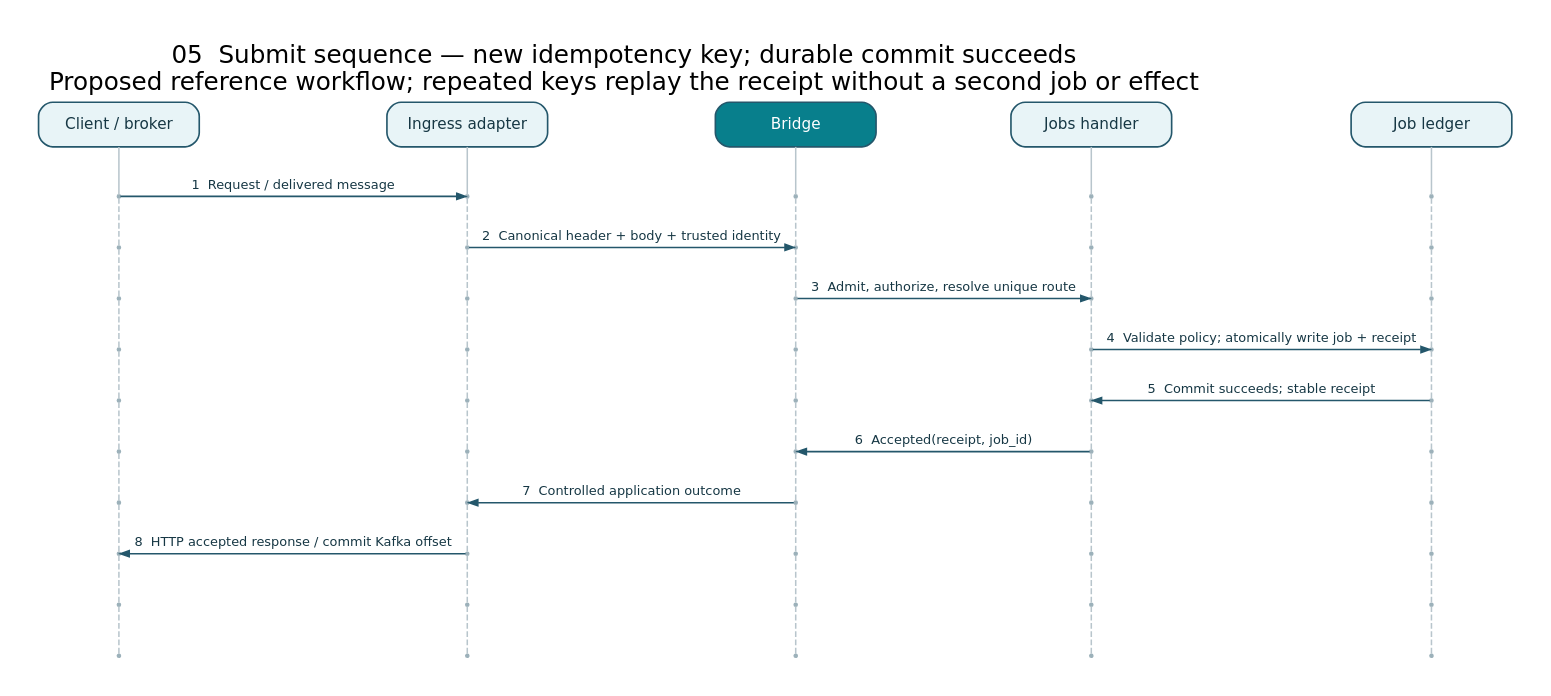
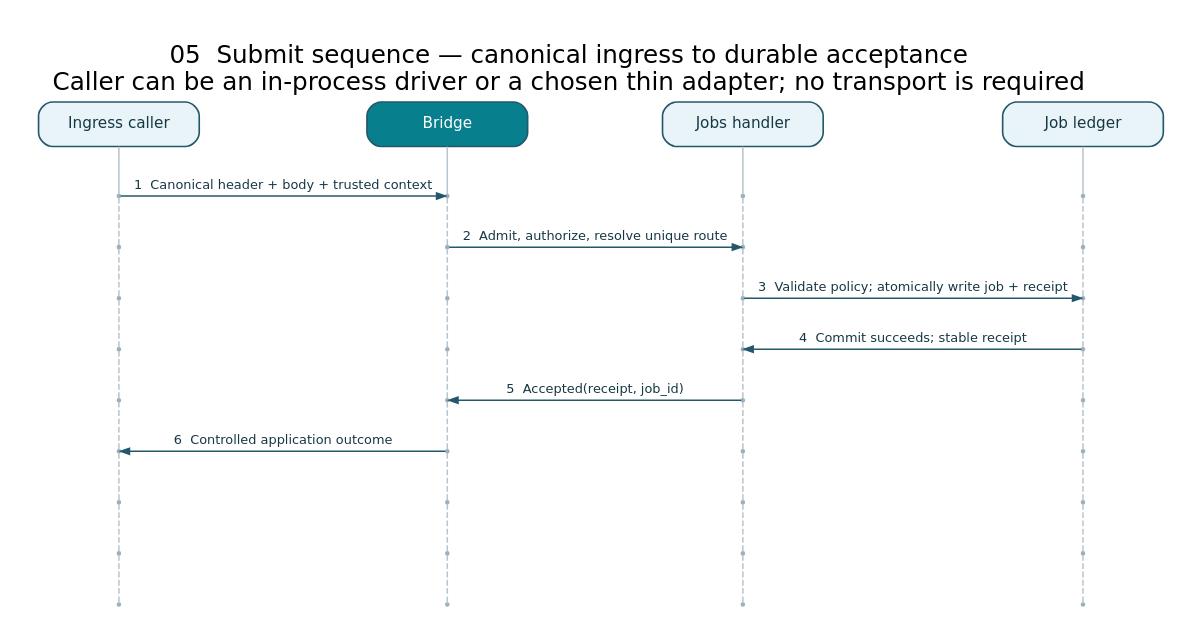
The diagram in docs/architecture/diagrams/05-submit-sequence.dot (roachmaster/homelab), drawn with Graphviz before and after one commit. The commit also changed 34 other files, not shown here.

Commit message:
Keep framework architecture transport-neutral

```diff
--- a/docs/architecture/diagrams/05-submit-sequence.dot
+++ b/docs/architecture/diagrams/05-submit-sequence.dot
@@ -1,139 +1,106 @@
 digraph Sequence {
 graph [fontname="DejaVu Sans", fontsize=21, labelloc=t, labeljust=l, pad=0.35, nodesep=0.65, ranksep=0.9, bgcolor="white"]; node [shape=box, style="rounded,filled", fontname="DejaVu Sans", fontsize=13, margin="0.22,0.16", color="#24576b", fillcolor="#e8f4f7", fontcolor="#163744", penwidth=1.4]; edge [fontname="DejaVu Sans", fontsize=11, color="#56717d", fontcolor="#34505f", penwidth=1.3, arrowsize=0.75];
-graph [ranksep=0.55, nodesep=0.3]; label="05  Submit sequence — new idempotency key; durable commit succeeds\nProposed reference workflow; repeated keys replay the receipt without a second job or effect";
-h0 [label="Client / broker", group="g0", fillcolor="#e8f4f7", width=1.9];
-h1 [label="Ingress adapter", group="g1", fillcolor="#e8f4f7", width=1.9];
-h2 [label="Bridge", group="g2", fillcolor="#087f8c", fontcolor="white", width=1.9];
-h3 [label="Jobs handler", group="g3", fillcolor="#e8f4f7", width=1.9];
-h4 [label="Job ledger", group="g4", fillcolor="#e8f4f7", width=1.9];
-{rank=same; h0; h1; h2; h3; h4;}
-h0 -> h1 -> h2 -> h3 -> h4 [style=invis];
+graph [ranksep=0.55, nodesep=0.3]; label="05  Submit sequence — canonical ingress to durable acceptance\nCaller can be an in-process driver or a chosen thin adapter; no transport is required";
+h0 [label="Ingress caller", group="g0", fillcolor="#e8f4f7", width=1.9];
+h1 [label="Bridge", group="g1", fillcolor="#087f8c", fontcolor="white", width=1.9];
+h2 [label="Jobs handler", group="g2", fillcolor="#e8f4f7", width=1.9];
+h3 [label="Job ledger", group="g3", fillcolor="#e8f4f7", width=1.9];
+{rank=same; h0; h1; h2; h3;}
+h0 -> h1 -> h2 -> h3 [style=invis];
 n0_0 [shape=point, width=0.035, label="", fillcolor="#9cb1ba", color="#9cb1ba", group="g0"];
 n0_1 [shape=point, width=0.035, label="", fillcolor="#9cb1ba", color="#9cb1ba", group="g1"];
 n0_2 [shape=point, width=0.035, label="", fillcolor="#9cb1ba", color="#9cb1ba", group="g2"];
 n0_3 [shape=point, width=0.035, label="", fillcolor="#9cb1ba", color="#9cb1ba", group="g3"];
-n0_4 [shape=point, width=0.035, label="", fillcolor="#9cb1ba", color="#9cb1ba", group="g4"];
-{rank=same; n0_0; n0_1; n0_2; n0_3; n0_4;}
-n0_0 -> n0_1 -> n0_2 -> n0_3 -> n0_4 [style=invis, weight=10];
+{rank=same; n0_0; n0_1; n0_2; n0_3;}
+n0_0 -> n0_1 -> n0_2 -> n0_3 [style=invis, weight=10];
 n1_0 [shape=point, width=0.035, label="", fillcolor="#9cb1ba", color="#9cb1ba", group="g0"];
 n1_1 [shape=point, width=0.035, label="", fillcolor="#9cb1ba", color="#9cb1ba", group="g1"];
 n1_2 [shape=point, width=0.035, label="", fillcolor="#9cb1ba", color="#9cb1ba", group="g2"];
 n1_3 [shape=point, width=0.035, label="", fillcolor="#9cb1ba", color="#9cb1ba", group="g3"];
-n1_4 [shape=point, width=0.035, label="", fillcolor="#9cb1ba", color="#9cb1ba", group="g4"];
-{rank=same; n1_0; n1_1; n1_2; n1_3; n1_4;}
-n1_0 -> n1_1 -> n1_2 -> n1_3 -> n1_4 [style=invis, weight=10];
+{rank=same; n1_0; n1_1; n1_2; n1_3;}
+n1_0 -> n1_1 -> n1_2 -> n1_3 [style=invis, weight=10];
 n2_0 [shape=point, width=0.035, label="", fillcolor="#9cb1ba", color="#9cb1ba", group="g0"];
 n2_1 [shape=point, width=0.035, label="", fillcolor="#9cb1ba", color="#9cb1ba", group="g1"];
 n2_2 [shape=point, width=0.035, label="", fillcolor="#9cb1ba", color="#9cb1ba", group="g2"];
 n2_3 [shape=point, width=0.035, label="", fillcolor="#9cb1ba", color="#9cb1ba", group="g3"];
-n2_4 [shape=point, width=0.035, label="", fillcolor="#9cb1ba", color="#9cb1ba", group="g4"];
-{rank=same; n2_0; n2_1; n2_2; n2_3; n2_4;}
-n2_0 -> n2_1 -> n2_2 -> n2_3 -> n2_4 [style=invis, weight=10];
+{rank=same; n2_0; n2_1; n2_2; n2_3;}
+n2_0 -> n2_1 -> n2_2 -> n2_3 [style=invis, weight=10];
 n3_0 [shape=point, width=0.035, label="", fillcolor="#9cb1ba", color="#9cb1ba", group="g0"];
 n3_1 [shape=point, width=0.035, label="", fillcolor="#9cb1ba", color="#9cb1ba", group="g1"];
 n3_2 [shape=point, width=0.035, label="", fillcolor="#9cb1ba", color="#9cb1ba", group="g2"];
 n3_3 [shape=point, width=0.035, label="", fillcolor="#9cb1ba", color="#9cb1ba", group="g3"];
-n3_4 [shape=point, width=0.035, label="", fillcolor="#9cb1ba", color="#9cb1ba", group="g4"];
-{rank=same; n3_0; n3_1; n3_2; n3_3; n3_4;}
-n3_0 -> n3_1 -> n3_2 -> n3_3 -> n3_4 [style=invis, weight=10];
+{rank=same; n3_0; n3_1; n3_2; n3_3;}
+n3_0 -> n3_1 -> n3_2 -> n3_3 [style=invis, weight=10];
 n4_0 [shape=point, width=0.035, label="", fillcolor="#9cb1ba", color="#9cb1ba", group="g0"];
 n4_1 [shape=point, width=0.035, label="", fillcolor="#9cb1ba", color="#9cb1ba", group="g1"];
 n4_2 [shape=point, width=0.035, label="", fillcolor="#9cb1ba", color="#9cb1ba", group="g2"];
 n4_3 [shape=point, width=0.035, label="", fillcolor="#9cb1ba", color="#9cb1ba", group="g3"];
-n4_4 [shape=point, width=0.035, label="", fillcolor="#9cb1ba", color="#9cb1ba", group="g4"];
-{rank=same; n4_0; n4_1; n4_2; n4_3; n4_4;}
-n4_0 -> n4_1 -> n4_2 -> n4_3 -> n4_4 [style=invis, weight=10];
+{rank=same; n4_0; n4_1; n4_2; n4_3;}
+n4_0 -> n4_1 -> n4_2 -> n4_3 [style=invis, weight=10];
 n5_0 [shape=point, width=0.035, label="", fillcolor="#9cb1ba", color="#9cb1ba", group="g0"];
 n5_1 [shape=point, width=0.035, label="", fillcolor="#9cb1ba", color="#9cb1ba", group="g1"];
 n5_2 [shape=point, width=0.035, label="", fillcolor="#9cb1ba", color="#9cb1ba", group="g2"];
 n5_3 [shape=point, width=0.035, label="", fillcolor="#9cb1ba", color="#9cb1ba", group="g3"];
-n5_4 [shape=point, width=0.035, label="", fillcolor="#9cb1ba", color="#9cb1ba", group="g4"];
-{rank=same; n5_0; n5_1; n5_2; n5_3; n5_4;}
-n5_0 -> n5_1 -> n5_2 -> n5_3 -> n5_4 [style=invis, weight=10];
+{rank=same; n5_0; n5_1; n5_2; n5_3;}
+n5_0 -> n5_1 -> n5_2 -> n5_3 [style=invis, weight=10];
 n6_0 [shape=point, width=0.035, label="", fillcolor="#9cb1ba", color="#9cb1ba", group="g0"];
 n6_1 [shape=point, width=0.035, label="", fillcolor="#9cb1ba", color="#9cb1ba", group="g1"];
 n6_2 [shape=point, width=0.035, label="", fillcolor="#9cb1ba", color="#9cb1ba", group="g2"];
 n6_3 [shape=point, width=0.035, label="", fillcolor="#9cb1ba", color="#9cb1ba", group="g3"];
-n6_4 [shape=point, width=0.035, label="", fillcolor="#9cb1ba", color="#9cb1ba", group="g4"];
-{rank=same; n6_0; n6_1; n6_2; n6_3; n6_4;}
-n6_0 -> n6_1 -> n6_2 -> n6_3 -> n6_4 [style=invis, weight=10];
+{rank=same; n6_0; n6_1; n6_2; n6_3;}
+n6_0 -> n6_1 -> n6_2 -> n6_3 [style=invis, weight=10];
 n7_0 [shape=point, width=0.035, label="", fillcolor="#9cb1ba", color="#9cb1ba", group="g0"];
 n7_1 [shape=point, width=0.035, label="", fillcolor="#9cb1ba", color="#9cb1ba", group="g1"];
 n7_2 [shape=point, width=0.035, label="", fillcolor="#9cb1ba", color="#9cb1ba", group="g2"];
 n7_3 [shape=point, width=0.035, label="", fillcolor="#9cb1ba", color="#9cb1ba", group="g3"];
-n7_4 [shape=point, width=0.035, label="", fillcolor="#9cb1ba", color="#9cb1ba", group="g4"];
-{rank=same; n7_0; n7_1; n7_2; n7_3; n7_4;}
-n7_0 -> n7_1 -> n7_2 -> n7_3 -> n7_4 [style=invis, weight=10];
+{rank=same; n7_0; n7_1; n7_2; n7_3;}
+n7_0 -> n7_1 -> n7_2 -> n7_3 [style=invis, weight=10];
 n8_0 [shape=point, width=0.035, label="", fillcolor="#9cb1ba", color="#9cb1ba", group="g0"];
 n8_1 [shape=point, width=0.035, label="", fillcolor="#9cb1ba", color="#9cb1ba", group="g1"];
 n8_2 [shape=point, width=0.035, label="", fillcolor="#9cb1ba", color="#9cb1ba", group="g2"];
 n8_3 [shape=point, width=0.035, label="", fillcolor="#9cb1ba", color="#9cb1ba", group="g3"];
-n8_4 [shape=point, width=0.035, label="", fillcolor="#9cb1ba", color="#9cb1ba", group="g4"];
-{rank=same; n8_0; n8_1; n8_2; n8_3; n8_4;}
-n8_0 -> n8_1 -> n8_2 -> n8_3 -> n8_4 [style=invis, weight=10];
-n9_0 [shape=point, width=0.035, label="", fillcolor="#9cb1ba", color="#9cb1ba", group="g0"];
-n9_1 [shape=point, width=0.035, label="", fillcolor="#9cb1ba", color="#9cb1ba", group="g1"];
-n9_2 [shape=point, width=0.035, label="", fillcolor="#9cb1ba", color="#9cb1ba", group="g2"];
-n9_3 [shape=point, width=0.035, label="", fillcolor="#9cb1ba", color="#9cb1ba", group="g3"];
-n9_4 [shape=point, width=0.035, label="", fillcolor="#9cb1ba", color="#9cb1ba", group="g4"];
-{rank=same; n9_0; n9_1; n9_2; n9_3; n9_4;}
-n9_0 -> n9_1 -> n9_2 -> n9_3 -> n9_4 [style=invis, weight=10];
+{rank=same; n8_0; n8_1; n8_2; n8_3;}
+n8_0 -> n8_1 -> n8_2 -> n8_3 [style=invis, weight=10];
 h0 -> n0_0 [arrowhead=none, color="#b8c5cc"];
 n0_0 -> n1_0 [arrowhead=none, color="#b8c5cc", style=dashed, weight=20];
 n1_0 -> n2_0 [arrowhead=none, color="#b8c5cc", style=dashed, weight=20];
 n2_0 -> n3_0 [arrowhead=none, color="#b8c5cc", style=dashed, weight=20];
 n3_0 -> n4_0 [arrowhead=none, color="#b8c5cc", style=dashed, weight=20];
 n4_0 -> n5_0 [arrowhead=none, color="#b8c5cc", style=dashed, weight=20];
 n5_0 -> n6_0 [arrowhead=none, color="#b8c5cc", style=dashed, weight=20];
 n6_0 -> n7_0 [arrowhead=none, color="#b8c5cc", style=dashed, weight=20];
 n7_0 -> n8_0 [arrowhead=none, color="#b8c5cc", style=dashed, weight=20];
-n8_0 -> n9_0 [arrowhead=none, color="#b8c5cc", style=dashed, weight=20];
 h1 -> n0_1 [arrowhead=none, color="#b8c5cc"];
 n0_1 -> n1_1 [arrowhead=none, color="#b8c5cc", style=dashed, weight=20];
 n1_1 -> n2_1 [arrowhead=none, color="#b8c5cc", style=dashed, weight=20];
 n2_1 -> n3_1 [arrowhead=none, color="#b8c5cc", style=dashed, weight=20];
 n3_1 -> n4_1 [arrowhead=none, color="#b8c5cc", style=dashed, weight=20];
 n4_1 -> n5_1 [arrowhead=none, color="#b8c5cc", style=dashed, weight=20];
 n5_1 -> n6_1 [arrowhead=none, color="#b8c5cc", style=dashed, weight=20];
 n6_1 -> n7_1 [arrowhead=none, color="#b8c5cc", style=dashed, weight=20];
 n7_1 -> n8_1 [arrowhead=none, color="#b8c5cc", style=dashed, weight=20];
-n8_1 -> n9_1 [arrowhead=none, color="#b8c5cc", style=dashed, weight=20];
 h2 -> n0_2 [arrowhead=none, color="#b8c5cc"];
 n0_2 -> n1_2 [arrowhead=none, color="#b8c5cc", style=dashed, weight=20];
 n1_2 -> n2_2 [arrowhead=none, color="#b8c5cc", style=dashed, weight=20];
 n2_2 -> n3_2 [arrowhead=none, color="#b8c5cc", style=dashed, weight=20];
 n3_2 -> n4_2 [arrowhead=none, color="#b8c5cc", style=dashed, weight=20];
 n4_2 -> n5_2 [arrowhead=none, color="#b8c5cc", style=dashed, weight=20];
 n5_2 -> n6_2 [arrowhead=none, color="#b8c5cc", style=dashed, weight=20];
 n6_2 -> n7_2 [arrowhead=none, color="#b8c5cc", style=dashed, weight=20];
 n7_2 -> n8_2 [arrowhead=none, color="#b8c5cc", style=dashed, weight=20];
-n8_2 -> n9_2 [arrowhead=none, color="#b8c5cc", style=dashed, weight=20];
 h3 -> n0_3 [arrowhead=none, color="#b8c5cc"];
 n0_3 -> n1_3 [arrowhead=none, color="#b8c5cc", style=dashed, weight=20];
 n1_3 -> n2_3 [arrowhead=none, color="#b8c5cc", style=dashed, weight=20];
 n2_3 -> n3_3 [arrowhead=none, color="#b8c5cc", style=dashed, weight=20];
 n3_3 -> n4_3 [arrowhead=none, color="#b8c5cc", style=dashed, weight=20];
 n4_3 -> n5_3 [arrowhead=none, color="#b8c5cc", style=dashed, weight=20];
 n5_3 -> n6_3 [arrowhead=none, color="#b8c5cc", style=dashed, weight=20];
 n6_3 -> n7_3 [arrowhead=none, color="#b8c5cc", style=dashed, weight=20];
 n7_3 -> n8_3 [arrowhead=none, color="#b8c5cc", style=dashed, weight=20];
-n8_3 -> n9_3 [arrowhead=none, color="#b8c5cc", style=dashed, weight=20];
-h4 -> n0_4 [arrowhead=none, color="#b8c5cc"];
-n0_4 -> n1_4 [arrowhead=none, color="#b8c5cc", style=dashed, weight=20];
-n1_4 -> n2_4 [arrowhead=none, color="#b8c5cc", style=dashed, weight=20];
-n2_4 -> n3_4 [arrowhead=none, color="#b8c5cc", style=dashed, weight=20];
-n3_4 -> n4_4 [arrowhead=none, color="#b8c5cc", style=dashed, weight=20];
-n4_4 -> n5_4 [arrowhead=none, color="#b8c5cc", style=dashed, weight=20];
-n5_4 -> n6_4 [arrowhead=none, color="#b8c5cc", style=dashed, weight=20];
-n6_4 -> n7_4 [arrowhead=none, color="#b8c5cc", style=dashed, weight=20];
-n7_4 -> n8_4 [arrowhead=none, color="#b8c5cc", style=dashed, weight=20];
-n8_4 -> n9_4 [arrowhead=none, color="#b8c5cc", style=dashed, weight=20];
-n0_0 -> n0_1 [label="1  Request / delivered message", constraint=false, color="#24576b", fontcolor="#163744", fontsize=11];
-n1_1 -> n1_2 [label="2  Canonical header + body + trusted identity", constraint=false, color="#24576b", fontcolor="#163744", fontsize=11];
-n2_2 -> n2_3 [label="3  Admit, authorize, resolve unique route", constraint=false, color="#24576b", fontcolor="#163744", fontsize=11];
-n3_3 -> n3_4 [label="4  Validate policy; atomically write job + receipt", constraint=false, color="#24576b", fontcolor="#163744", fontsize=11];
-n4_4 -> n4_3 [label="5  Commit succeeds; stable receipt", constraint=false, color="#24576b", fontcolor="#163744", fontsize=11];
-n5_3 -> n5_2 [label="6  Accepted(receipt, job_id)", constraint=false, color="#24576b", fontcolor="#163744", fontsize=11];
-n6_2 -> n6_1 [label="7  Controlled application outcome", constraint=false, color="#24576b", fontcolor="#163744", fontsize=11];
-n7_1 -> n7_0 [label="8  HTTP accepted response / commit Kafka offset", constraint=false, color="#24576b", fontcolor="#163744", fontsize=11];
+n0_0 -> n0_1 [label="1  Canonical header + body + trusted context", constraint=false, color="#24576b", fontcolor="#163744", fontsize=11];
+n1_1 -> n1_2 [label="2  Admit, authorize, resolve unique route", constraint=false, color="#24576b", fontcolor="#163744", fontsize=11];
+n2_2 -> n2_3 [label="3  Validate policy; atomically write job + receipt", constraint=false, color="#24576b", fontcolor="#163744", fontsize=11];
+n3_3 -> n3_2 [label="4  Commit succeeds; stable receipt", constraint=false, color="#24576b", fontcolor="#163744", fontsize=11];
+n4_2 -> n4_1 [label="5  Accepted(receipt, job_id)", constraint=false, color="#24576b", fontcolor="#163744", fontsize=11];
+n5_1 -> n5_0 [label="6  Controlled application outcome", constraint=false, color="#24576b", fontcolor="#163744", fontsize=11];
 }
```
